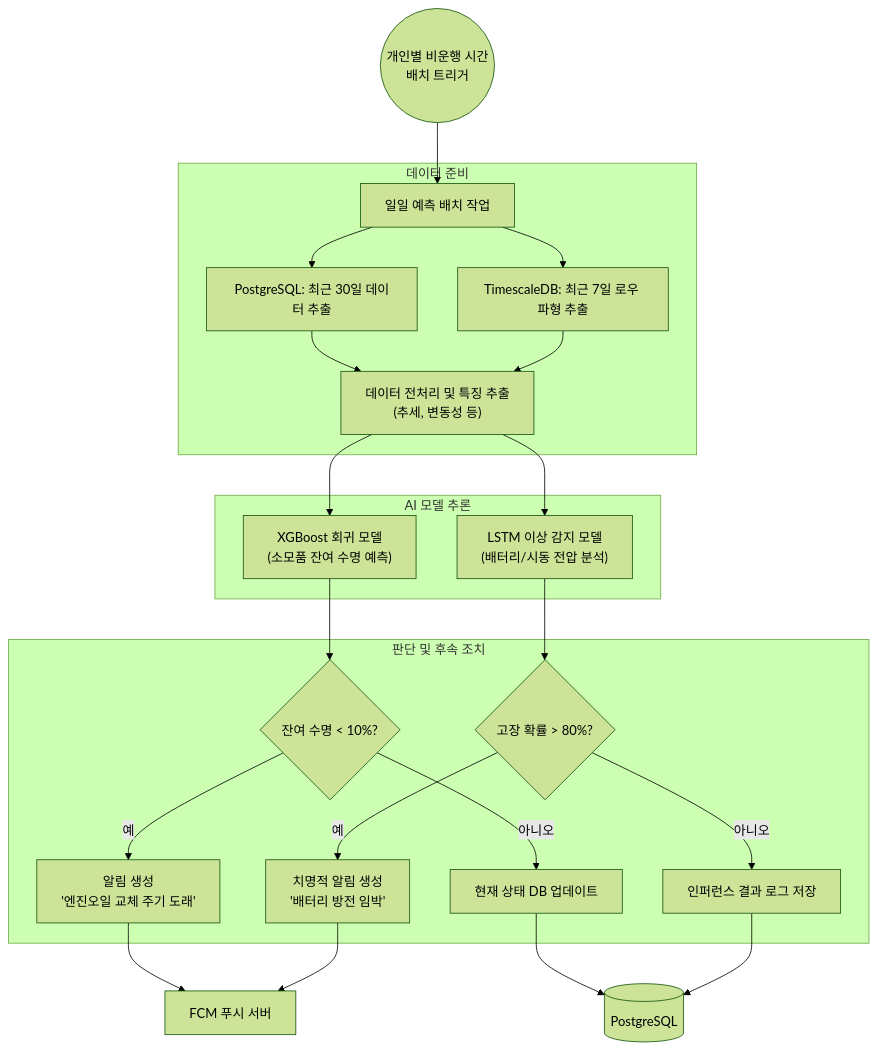
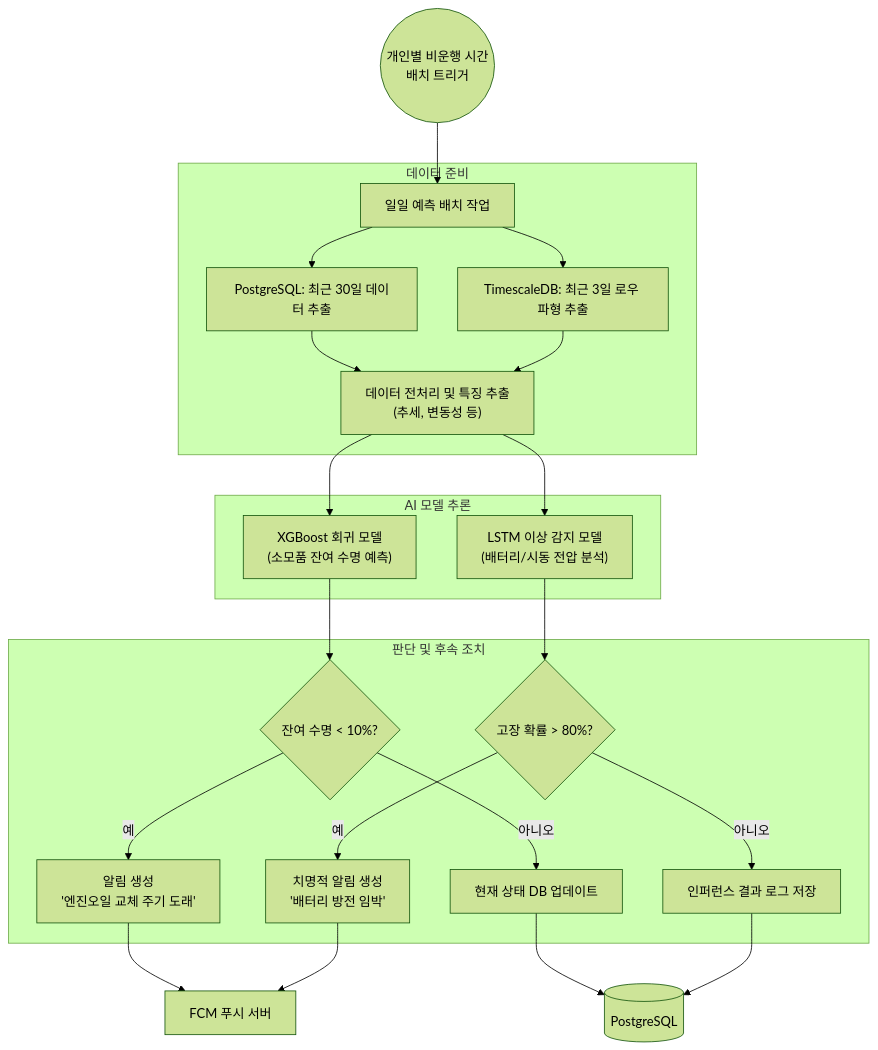
The fifth of 5 diagrams in Docs/시스템_아키텍처_및_데이터_흐름.md (leejunhyuk1061204/AI-5-main-project), drawn with Mermaid (forest theme) before and after one commit. The commit also changed other lines of this file and 30 other files, not shown here.

````diff
--- a/Docs/시스템_아키텍처_및_데이터_흐름.md
+++ b/Docs/시스템_아키텍처_및_데이터_흐름.md
@@ -238,30 +238,30 @@
 ```mermaid
 flowchart TD
     trigger((개인별 비운행 시간<br/>배치 트리거)) --> BatchJob["일일 예측 배치 작업"]
     
     subgraph Data_Preparation ["데이터 준비"]
         BatchJob --> FetchData["PostgreSQL: 최근 30일 데이터 추출"]
-        BatchJob --> FetchRaw["TimescaleDB: 최근 7일 로우 파형 추출"]
+        BatchJob --> FetchRaw["TimescaleDB: 최근 3일 로우 파형 추출"]
         FetchData & FetchRaw --> Preprocess["데이터 전처리 및 특징 추출<br/>(추세, 변동성 등)"]
     end
     
     subgraph AI_Inference ["AI 모델 추론"]
         Preprocess --> XGBoost["XGBoost 회귀 모델<br/>(소모품 잔여 수명 예측)"]
         Preprocess --> LSTM["LSTM 이상 감지 모델<br/>(배터리/시동 전압 분석)"]
     end
     
     subgraph Evaluation_Action ["판단 및 후속 조치"]
         XGBoost --> CheckLife{잔여 수명 < 10%?}
         LSTM --> CheckDanger{고장 확률 > 80%? }
         
         CheckLife -- 예 --> CreateNoti1["알림 생성<br/>'엔진오일 교체 주기 도래'"]
         CheckLife -- 아니오 --> UpdateStatus1["현재 상태 DB 업데이트"]
         
         CheckDanger -- 예 --> CreateNoti2["치명적 알림 생성<br/>'배터리 방전 임박'"]
         CheckDanger -- 아니오 --> UpdateStatus2["인퍼런스 결과 로그 저장"]
     end
     
     CreateNoti1 & CreateNoti2 --> PushServer["FCM 푸시 서버"]
     UpdateStatus1 & UpdateStatus2 --> DB[(PostgreSQL)]
 
 ```
````
